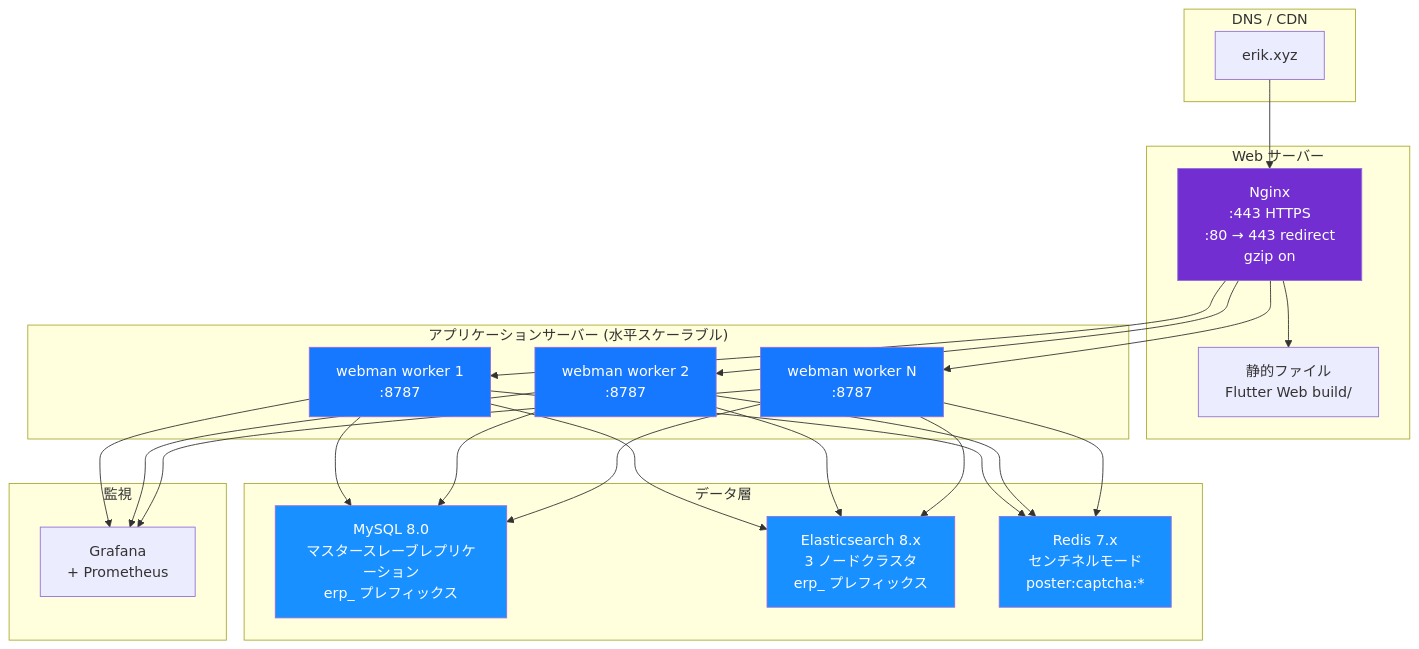
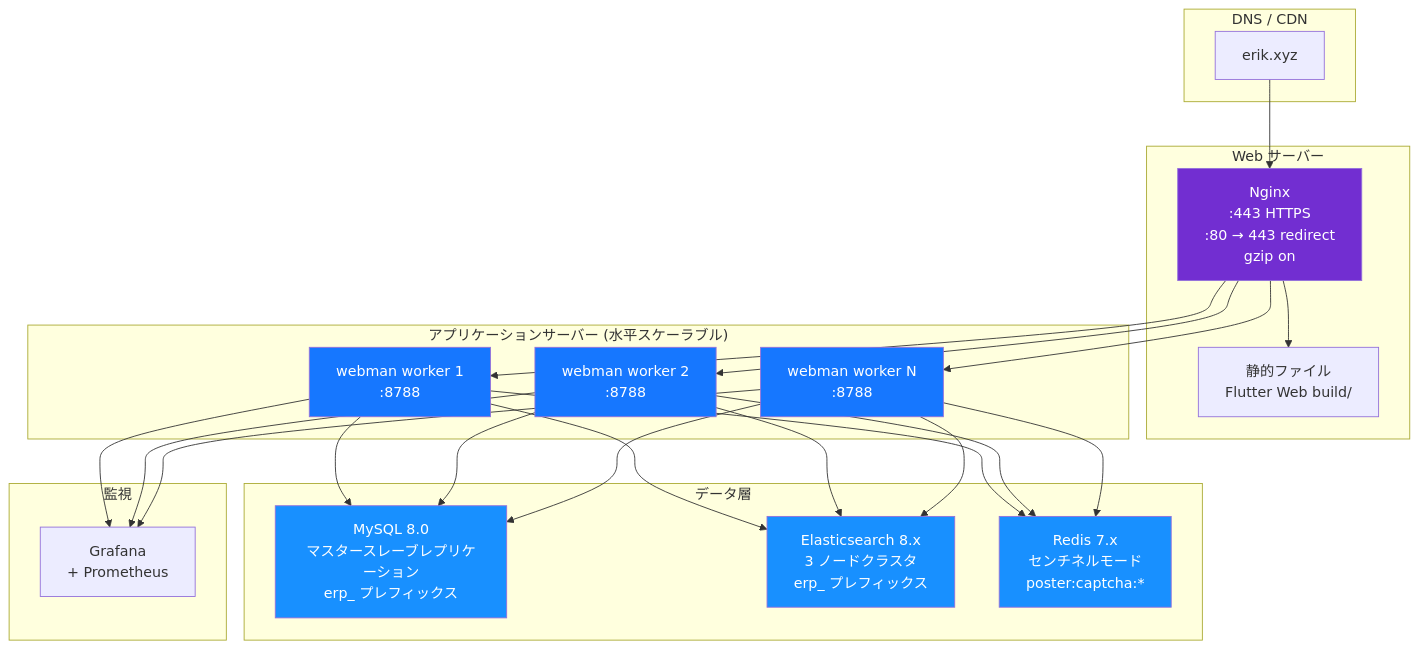
Diagram 14 of 20 in docs/i18n/ja/ARCHITECTURE.md (erikwang2013/erp-php), drawn with Mermaid before and after one commit. The commit also changed 108 other files, not shown here.

````diff
--- a/docs/i18n/ja/ARCHITECTURE.md
+++ b/docs/i18n/ja/ARCHITECTURE.md
@@ -661,43 +661,43 @@
 ```mermaid
 flowchart TB
     subgraph "DNS / CDN"
         DNS["erik.xyz"]
     end
 
     subgraph "Web サーバー"
         NGX["Nginx<br/>:443 HTTPS<br/>:80 → 443 redirect<br/>gzip on"]
         STA["静的ファイル<br/>Flutter Web build/"]
     end
 
     subgraph "アプリケーションサーバー (水平スケーラブル)"
-        WM1["webman worker 1<br/>:8787"]
-        WM2["webman worker 2<br/>:8787"]
-        WM3["webman worker N<br/>:8787"]
+        WM1["webman worker 1<br/>:8788"]
+        WM2["webman worker 2<br/>:8788"]
+        WM3["webman worker N<br/>:8788"]
     end
 
     subgraph "データ層"
         MYSQL["MySQL 8.0<br/>マスタースレーブレプリケーション<br/>erp_ プレフィックス"]
         ES["Elasticsearch 8.x<br/>3 ノードクラスタ<br/>erp_ プレフィックス"]
         REDIS["Redis 7.x<br/>センチネルモード<br/>poster:captcha:*"]
     end
 
     subgraph "監視"
         MON["Grafana<br/>+ Prometheus"]
     end
 
     DNS --> NGX
     NGX --> STA
     NGX --> WM1 & WM2 & WM3
     WM1 & WM2 & WM3 --> MYSQL
     WM1 & WM2 & WM3 --> ES
     WM1 & WM2 & WM3 --> REDIS
     WM1 & WM2 & WM3 --> MON
 
     style NGX fill:#722ED1,color:#fff
     style WM1 fill:#1677FF,color:#fff
     style WM2 fill:#1677FF,color:#fff
     style WM3 fill:#1677FF,color:#fff
     style MYSQL fill:#1890FF,color:#fff
     style ES fill:#1890FF,color:#fff
     style REDIS fill:#1890FF,color:#fff
 ```
````
